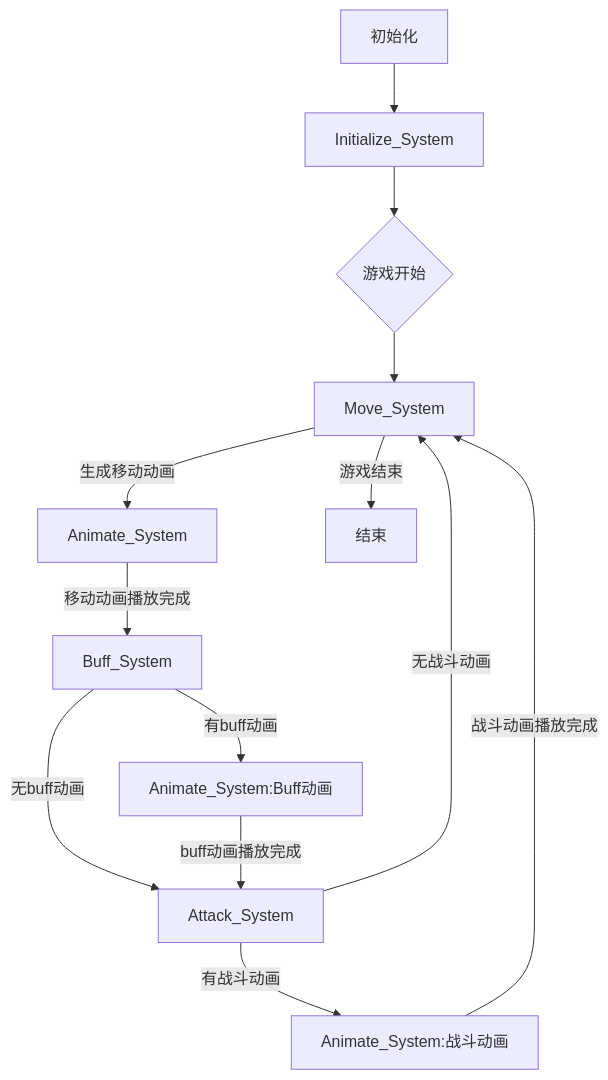
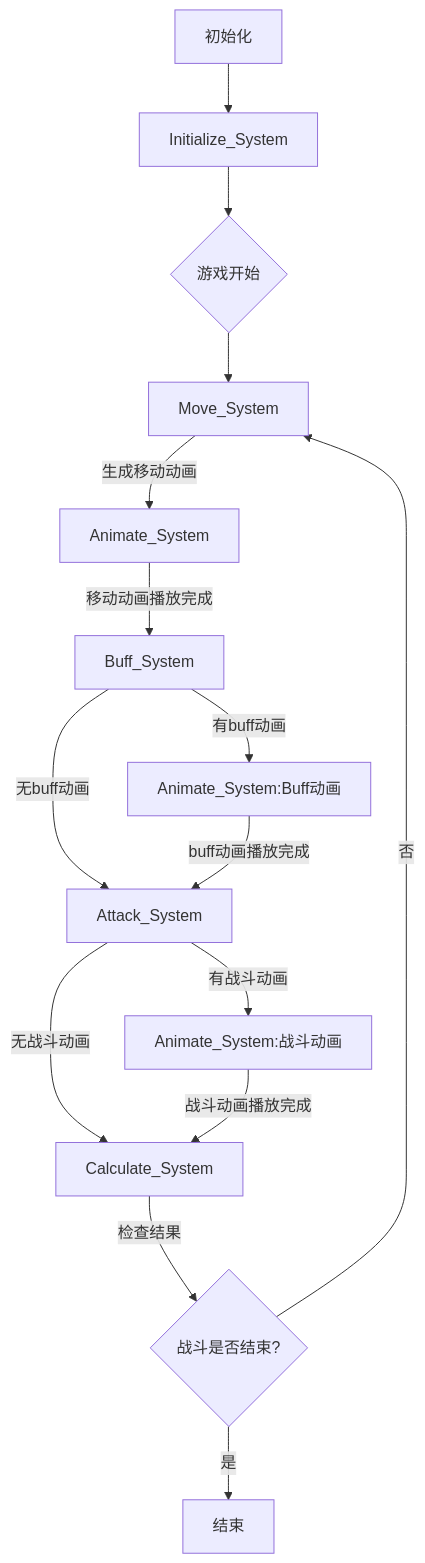
The first of 4 diagrams in ReadMe.md (dylanpan/DungeonHiking), drawn with Mermaid before and after one commit. The commit also changed other lines of this file and 6 other files, not shown here.

Commit message:
add calculate system

````diff
--- a/ReadMe.md
+++ b/ReadMe.md
@@ -22,19 +23,21 @@
 ```mermaid
 graph TD
-	A[初始化] --> B[Initialize_System]
-	B --> C{游戏开始}
-
-	C --> D[Move_System]
-	D -->|生成移动动画| E[Animate_System]
-	E -->|移动动画播放完成| F[Buff_System]
-
-	F -->|无buff动画| G[Attack_System]
-	F -->|有buff动画| H[Animate_System:Buff动画]
-	H -->|buff动画播放完成| G
-
-	G -->|无战斗动画| D
-	G -->|有战斗动画| I[Animate_System:战斗动画]
-	I -->|战斗动画播放完成| D
-
-	D -->|游戏结束| J[结束]
+    A[初始化] --> B[Initialize_System]
+    B --> C{游戏开始}
+    
+    C --> D[Move_System]
+    D -->|生成移动动画| E[Animate_System]
+    E -->|移动动画播放完成| F[Buff_System]
+    
+    F -->|无buff动画| G[Attack_System]
+    F -->|有buff动画| H[Animate_System:Buff动画]
+    H -->|buff动画播放完成| G
+    
+    G -->|无战斗动画| K[Calculate_System]
+    G -->|有战斗动画| I[Animate_System:战斗动画]
+    I -->|战斗动画播放完成| K
+    
+    K -->|检查结果| L{战斗是否结束?}
+    L -->|是| J[结束]
+    L -->|否| D
 ```
````
